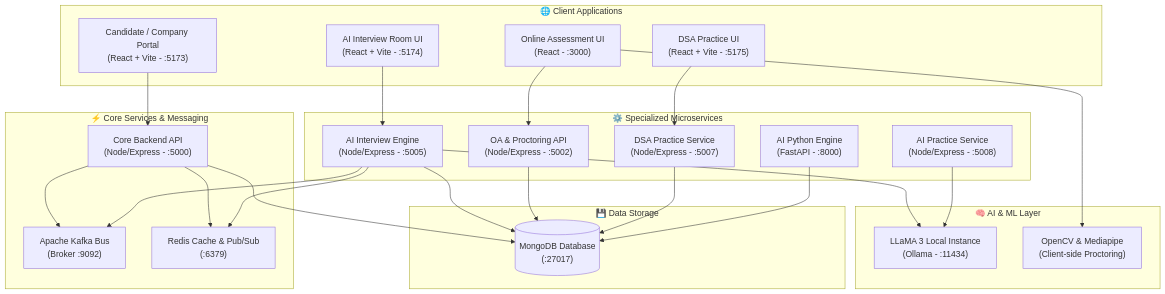
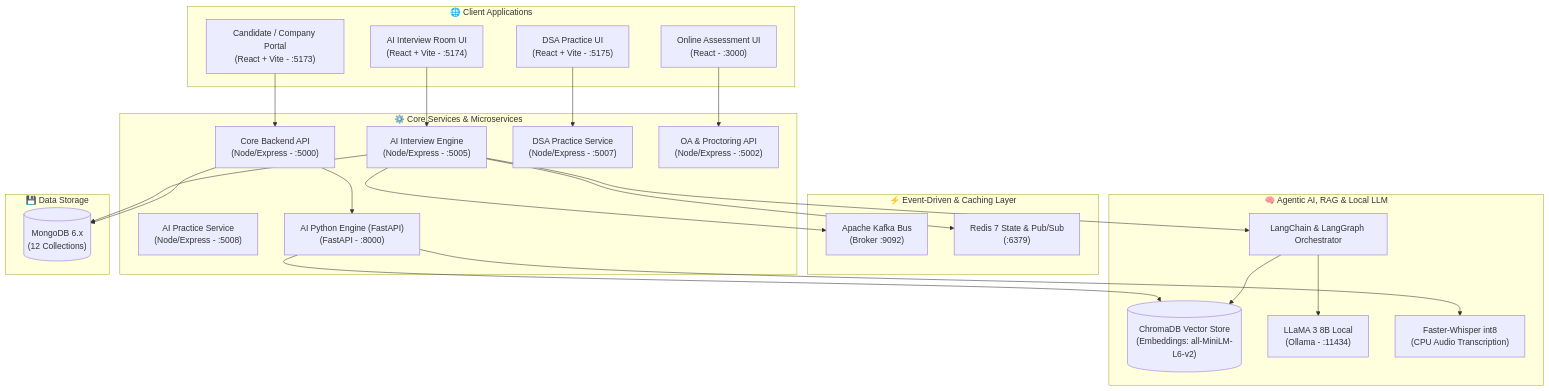
Before and after one commit to abhirajk970/HireSense: the diagram in README.md, drawn with Mermaid. The commit also changed other lines of this file and 1 other file, not shown here.

Commit message:
docs: modernize architecture with LangChain, ChromaDB RAG, and CI/CD quality gates

````diff
--- a/README.md
+++ b/README.md
@@ -112,54 +48,53 @@
 ```mermaid
 flowchart TB
     subgraph Clients[" 🌐 Client Applications "]
         FE["Candidate / Company Portal\n(React + Vite - :5173)"]
         AI_FE["AI Interview Room UI\n(React + Vite - :5174)"]
         OA_FE["Online Assessment UI\n(React - :3000)"]
         PRAC_FE["DSA Practice UI\n(React + Vite - :5175)"]
     end
 
-    subgraph Gateway[" ⚡ Core Services & Messaging "]
-        CORE_BE["Core Backend API\n(Node/Express - :5000)"]
+    subgraph Messaging[" ⚡ Event-Driven & Caching Layer "]
         KAFKA["Apache Kafka Bus\n(Broker :9092)"]
-        REDIS["Redis Cache & Pub/Sub\n(:6379)"]
+        REDIS["Redis 7 State & Pub/Sub\n(:6379)"]
     end
 
-    subgraph Microservices[" ⚙️ Specialized Microservices "]
+    subgraph Microservices[" ⚙️ Core Services & Microservices "]
+        CORE_BE["Core Backend API\n(Node/Express - :5000)"]
         AI_INT_BE["AI Interview Engine\n(Node/Express - :5005)"]
         DSA_BE["DSA Practice Service\n(Node/Express - :5007)"]
         PRAC_BE["AI Practice Service\n(Node/Express - :5008)"]
         OA_BE["OA & Proctoring API\n(Node/Express - :5002)"]
-        AI_SVC["AI Python Engine\n(FastAPI - :8000)"]
+        AI_SVC["AI Python Engine (FastAPI)\n(FastAPI - :8000)"]
     end
 
-    subgraph AI_Infra[" 🧠 AI & ML Layer "]
-        OLLAMA["LLaMA 3 Local Instance\n(Ollama - :11434)"]
-        CV_MODEL["OpenCV & Mediapipe\n(Client-side Proctoring)"]
+    subgraph GenAI[" 🧠 Agentic AI, RAG & Local LLM "]
+        LANG["LangChain & LangGraph Orchestrator"]
+        CHROMA[("ChromaDB Vector Store\n(Embeddings: all-MiniLM-L6-v2)")]
+        OLLAMA["LLaMA 3 8B Local\n(Ollama - :11434)"]
+        WHISPER["Faster-Whisper int8\n(CPU Audio Transcription)"]
     end
 
     subgraph Data[" 💾 Data Storage "]
-        MONGO[("MongoDB Database\n(:27017)")]
+        MONGO[("MongoDB 6.x\n(12 Collections)")]
     end
 
-    %% Flow connections
+    %% Routing
     FE --> CORE_BE
     AI_FE --> AI_INT_BE
     OA_FE --> OA_BE
     PRAC_FE --> DSA_BE
 
-    CORE_BE --> MONGO
-    CORE_BE --> KAFKA
-    CORE_BE --> REDIS
-
-    AI_INT_BE --> OLLAMA
     AI_INT_BE --> KAFKA
     AI_INT_BE --> REDIS
+    AI_INT_BE --> LANG
+    LANG --> OLLAMA
+    LANG --> CHROMA
+
+    CORE_BE --> AI_SVC
+    AI_SVC --> WHISPER
+    AI_SVC --> CHROMA
+
+    CORE_BE --> MONGO
     AI_INT_BE --> MONGO
-
-    OA_BE --> MONGO
-    OA_FE --> CV_MODEL
-    DSA_BE --> MONGO
-    PRAC_BE --> OLLAMA
-
-    AI_SVC --> MONGO
 ```
````
